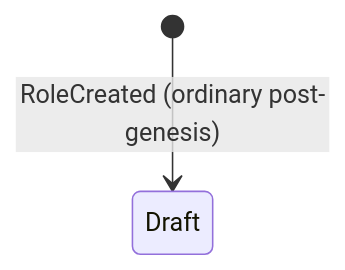
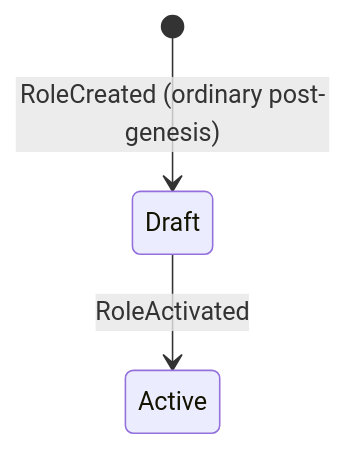
Before and after one commit to richard-brash/aios: the second of 11 diagrams in docs/specifications/LIFECYCLES.md, drawn with Mermaid. The commit also changed other lines of this file and 5 other files, not shown here.

````diff
--- a/docs/specifications/LIFECYCLES.md
+++ b/docs/specifications/LIFECYCLES.md
@@ -50,4 +50,5 @@
 ```mermaid
 stateDiagram-v2
     [*] --> Draft: RoleCreated (ordinary post-genesis)
+    Draft --> Active: RoleActivated
 ```
````
